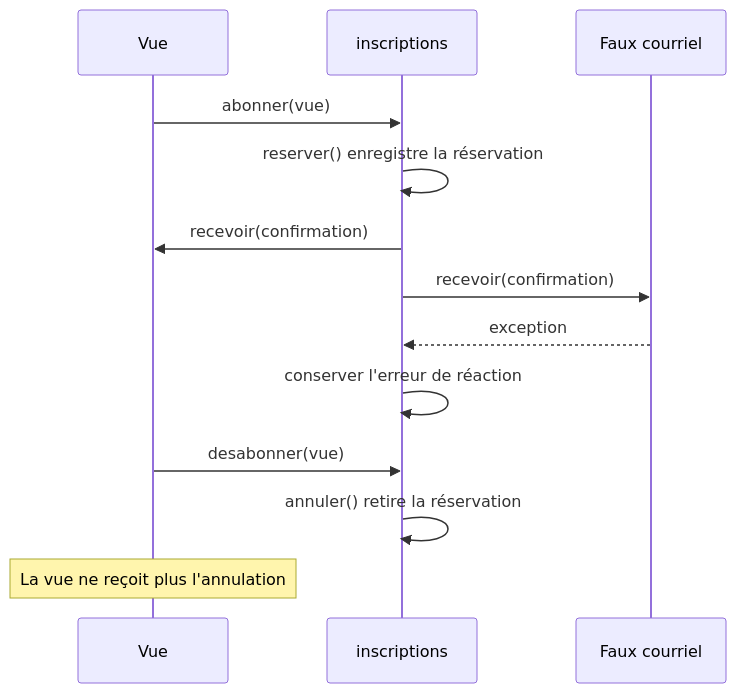
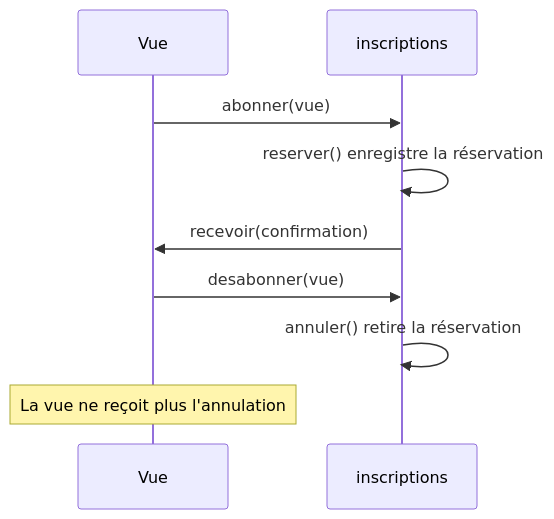
One commit to theopaolo/dev-carnet changed the diagram in src/cours/poo-patterns-frameworks/03-observer.md. Above: the diagram before and after it, drawn with Mermaid. The commit also changed other lines of this file and 28 other files, not shown here.

````diff
--- a/src/cours/poo-patterns-frameworks/03-observer.md
+++ b/src/cours/poo-patterns-frameworks/03-observer.md
@@ -90,17 +119,13 @@
 ```mermaid
 sequenceDiagram
   accTitle: La vue reçoit les changements jusqu'à son désabonnement
-  accDescr: La vue s'abonne auprès de l'objet inscriptions. La réservation est enregistrée avant la confirmation. Le sujet prévient la vue et conserve séparément l'erreur du faux courriel. Après le désabonnement de la vue, l'annulation ne la prévient plus.
+  accDescr: La vue s'abonne auprès de l'objet inscriptions. Après l'enregistrement de la réservation, le sujet prévient la vue. Après le désabonnement, l'annulation ne la prévient plus.
   participant Vue
   participant Sujet as inscriptions
-  participant Courriel as Faux courriel
   Vue->>Sujet: abonner(vue)
   Sujet->>Sujet: reserver() enregistre la réservation
   Sujet->>Vue: recevoir(confirmation)
-  Sujet->>Courriel: recevoir(confirmation)
-  Courriel-->>Sujet: exception
-  Sujet->>Sujet: conserver l'erreur de réaction
   Vue->>Sujet: desabonner(vue)
   Sujet->>Sujet: annuler() retire la réservation
   Note over Vue: La vue ne reçoit plus l'annulation
 ```
````
